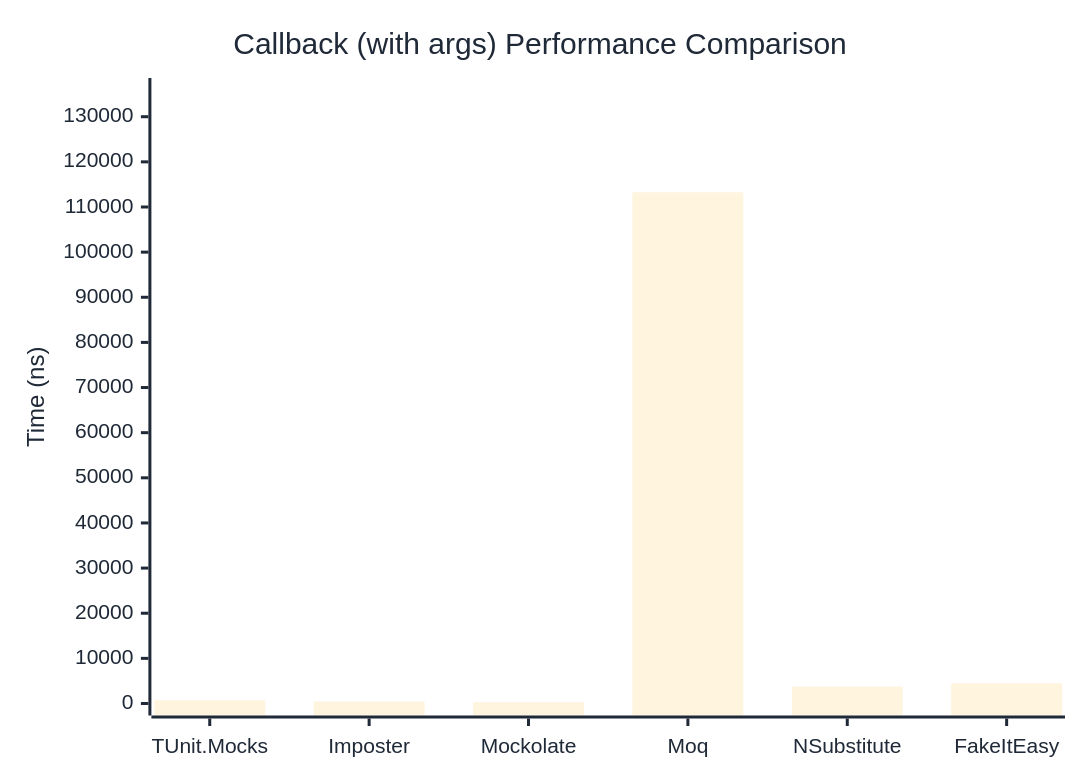
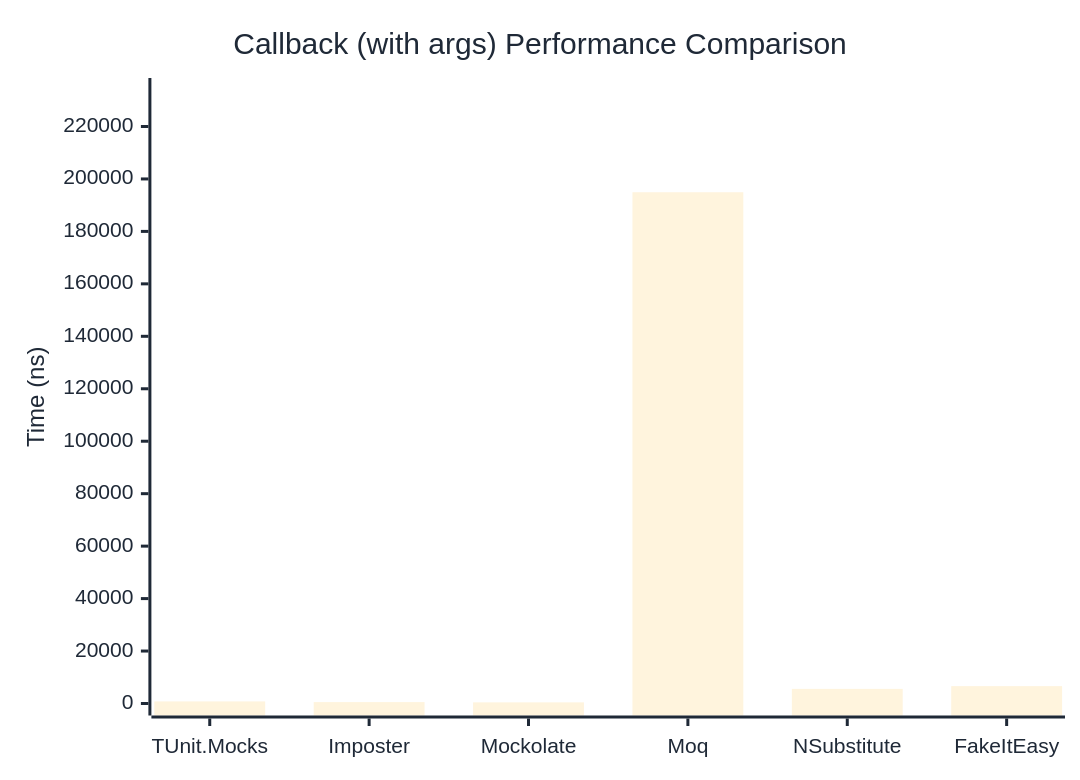
One commit to thomhurst/TUnit changed the second of 2 diagrams in docs/docs/benchmarks/mocks/Callback.md. Above: the diagram before and after it, drawn with Mermaid. The commit also changed other lines of this file and 14 other files, not shown here.

````diff
--- a/docs/docs/benchmarks/mocks/Callback.md
+++ b/docs/docs/benchmarks/mocks/Callback.md
@@ -71,27 +71,27 @@
 ```mermaid
 %%{init: {
   'theme':'base',
   'themeVariables': {
     'primaryColor': '#2563eb',
     'primaryTextColor': '#1f2937',
     'primaryBorderColor': '#1e40af',
     'lineColor': '#6b7280',
     'secondaryColor': '#7c3aed',
     'tertiaryColor': '#dc2626',
     'background': '#ffffff',
     'pie1': '#2563eb',
     'pie2': '#7c3aed',
     'pie3': '#dc2626',
     'pie4': '#f59e0b',
     'pie5': '#10b981',
     'pie6': '#06b6d4',
     'pie7': '#ec4899',
     'pie8': '#6366f1'
   }
 }}%%
 xychart-beta
   title "Callback (with args) Performance Comparison"
   x-axis ["TUnit.Mocks", "Imposter", "Mockolate", "Moq", "NSubstitute", "FakeItEasy"]
-  y-axis "Time (ns)" 0 --> 135920
-  bar [707.6, 425.3, 299.4, 113266.2, 3736.1, 4466.9]
+  y-axis "Time (ns)" 0 --> 233912
+  bar [798.3, 535.3, 432.7, 194926, 5577.4, 6622.6]
 ```
````
